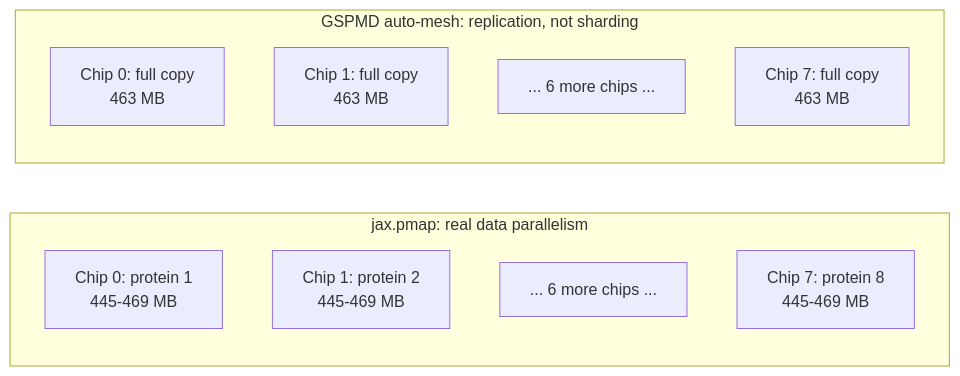
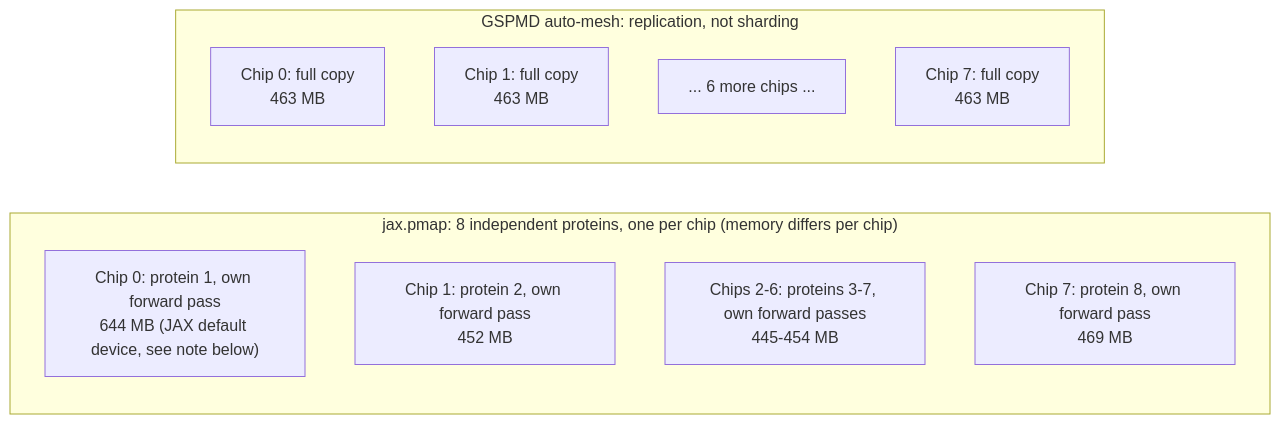
Before and after one commit to lorenzopazienza/alphafold-tpu-benchmark: the diagram in results/sweep/sharding.md, drawn with Mermaid. The commit also changed other lines of this file and 4 other files, not shown here.

Commit message:
Fix unsupported claims, clarify per-chip memory, mark discrepancies resolved

````diff
--- a/results/sweep/sharding.md
+++ b/results/sweep/sharding.md
@@ -8,17 +8,17 @@
 ```mermaid
 flowchart LR
-    subgraph PM["jax.pmap: real data parallelism"]
+    subgraph PM["jax.pmap: 8 independent proteins, one per chip (memory differs per chip)"]
         direction TB
-        P0["Chip 0: protein 1<br/>445-469 MB"]
-        P1["Chip 1: protein 2<br/>445-469 MB"]
-        Pd["... 6 more chips ..."]
-        P7["Chip 7: protein 8<br/>445-469 MB"]
+        P0["Chip 0: protein 1, own forward pass<br/>644 MB (JAX default device, see note below)"]
+        P1["Chip 1: protein 2, own forward pass<br/>452 MB"]
+        Pd["Chips 2-6: proteins 3-7, own forward passes<br/>445-454 MB"]
+        P7["Chip 7: protein 8, own forward pass<br/>469 MB"]
     end
     subgraph GS["GSPMD auto-mesh: replication, not sharding"]
         direction TB
         G0["Chip 0: full copy<br/>463 MB"]
         G1["Chip 1: full copy<br/>463 MB"]
         Gd["... 6 more chips ..."]
         G7["Chip 7: full copy<br/>463 MB"]
     end
 ```
````
